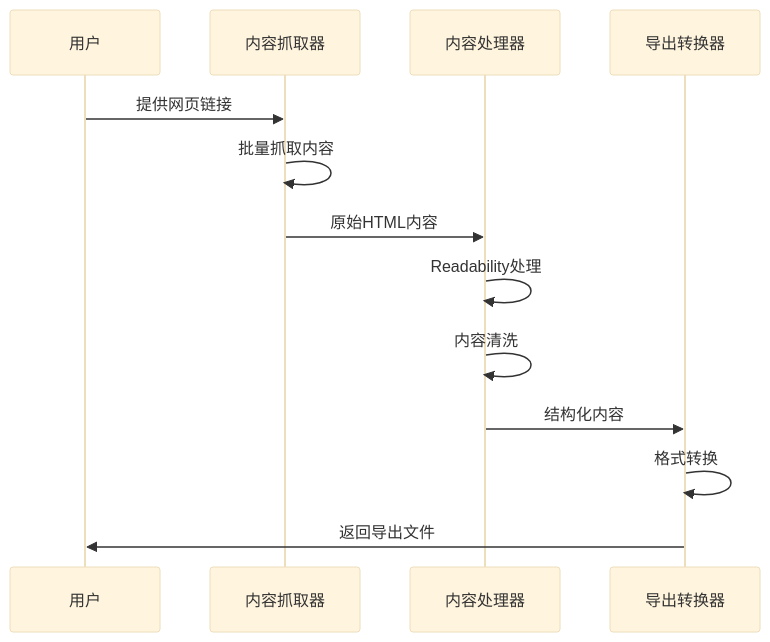
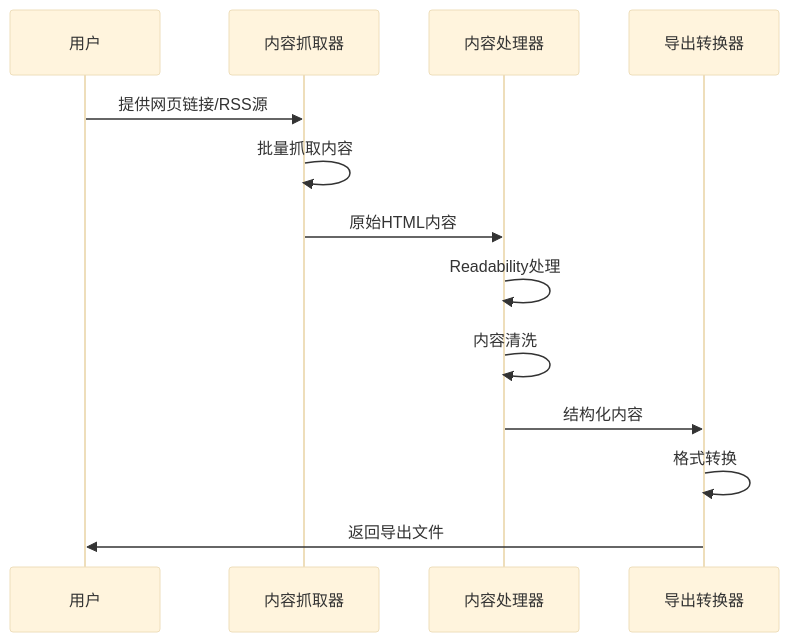
One commit to Wjiajie/wepub changed the second of 3 diagrams in README.md. Above: the diagram before and after it, drawn with Mermaid (base theme). The commit also changed other lines of this file and 1 other file, not shown here.

````diff
--- a/README.md
+++ b/README.md
@@ -39,16 +48,16 @@
 ```mermaid
 sequenceDiagram
     participant U as 用户
     participant C as 内容抓取器
     participant P as 内容处理器
     participant E as 导出转换器
     
-    U->>C: 提供网页链接
+    U->>C: 提供网页链接/RSS源
     C->>C: 批量抓取内容
     C->>P: 原始HTML内容
     P->>P: Readability处理
     P->>P: 内容清洗
     P->>E: 结构化内容
     E->>E: 格式转换
     E->>U: 返回导出文件
 ```
````
